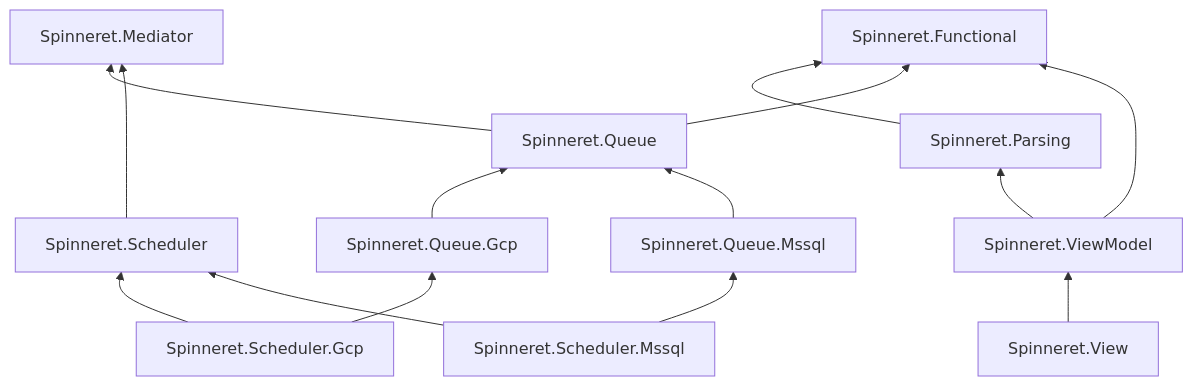
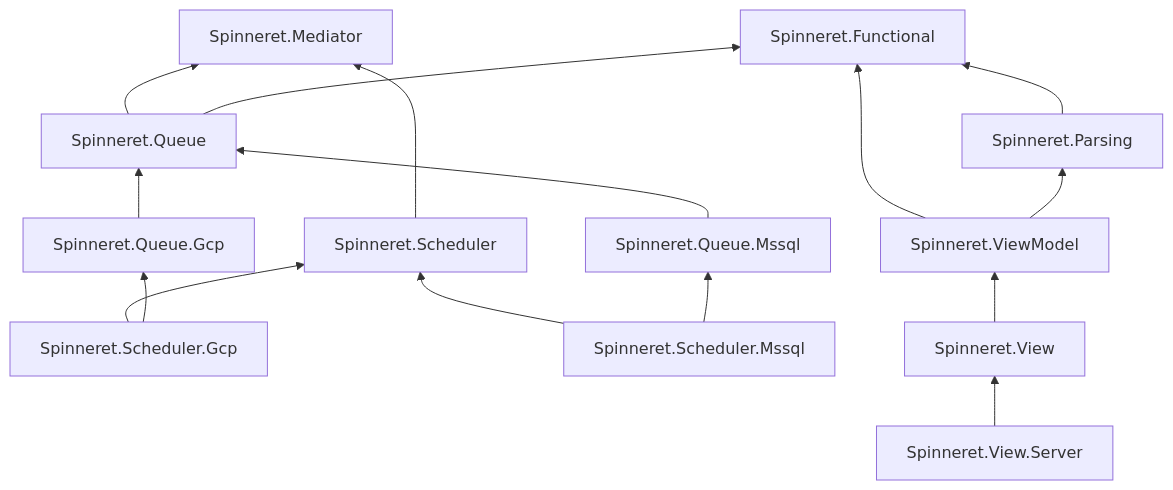
Before and after one commit to spinneret-net/spinneret: the diagram in README.md, drawn with Mermaid. The commit also changed other lines of this file and 11 other files, not shown here.

Commit message:
fix!: move ServerRenderContext to Spinneret.View.Server so Spinneret.View restores under WASM

````diff
--- a/README.md
+++ b/README.md
@@ -220,14 +221,15 @@
 ```mermaid
 graph BT
   Functional["Spinneret.Functional"]
   Parsing["Spinneret.Parsing"] --> Functional
   Mediator["Spinneret.Mediator"]
   Queue["Spinneret.Queue"] --> Mediator & Functional
   QueueGcp["Spinneret.Queue.Gcp"] --> Queue
   QueueMssql["Spinneret.Queue.Mssql"] --> Queue
   Scheduler["Spinneret.Scheduler"] --> Mediator
   SchedulerGcp["Spinneret.Scheduler.Gcp"] --> Scheduler & QueueGcp
   SchedulerMssql["Spinneret.Scheduler.Mssql"] --> Scheduler & QueueMssql
   ViewModel["Spinneret.ViewModel"] --> Functional & Parsing
   View["Spinneret.View"] --> ViewModel
+  ViewServer["Spinneret.View.Server"] --> View
 ```
````
